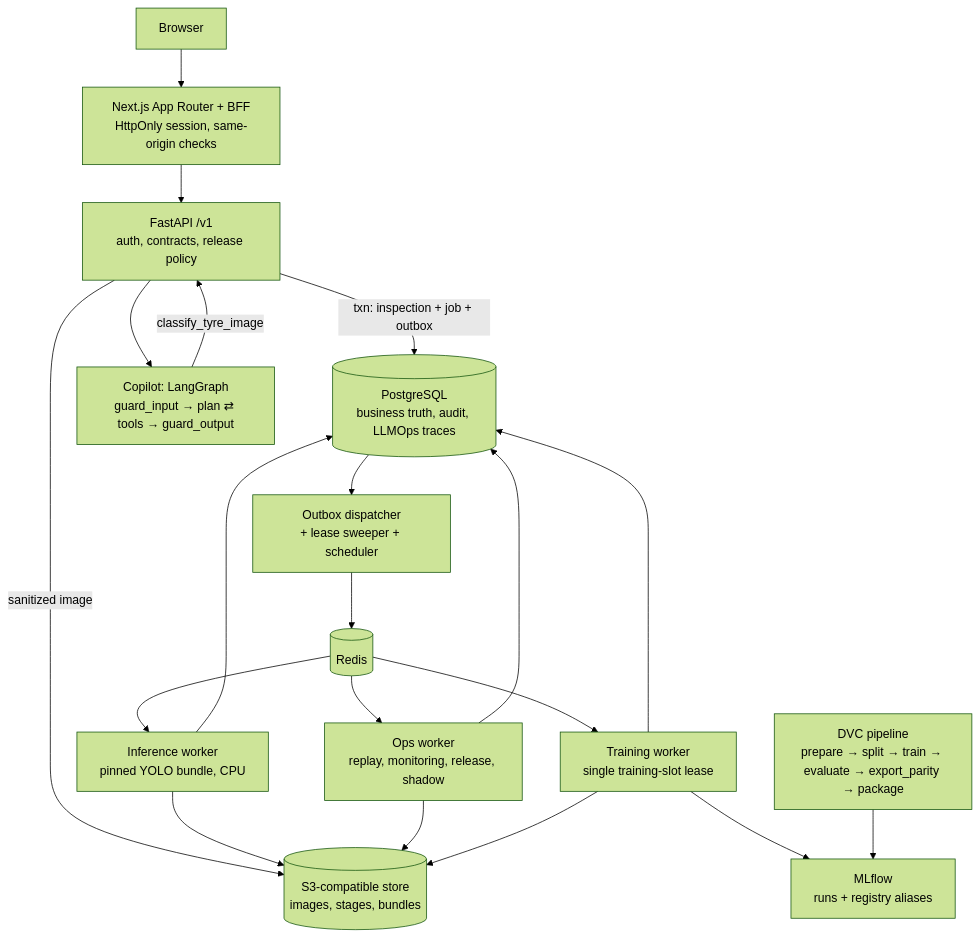
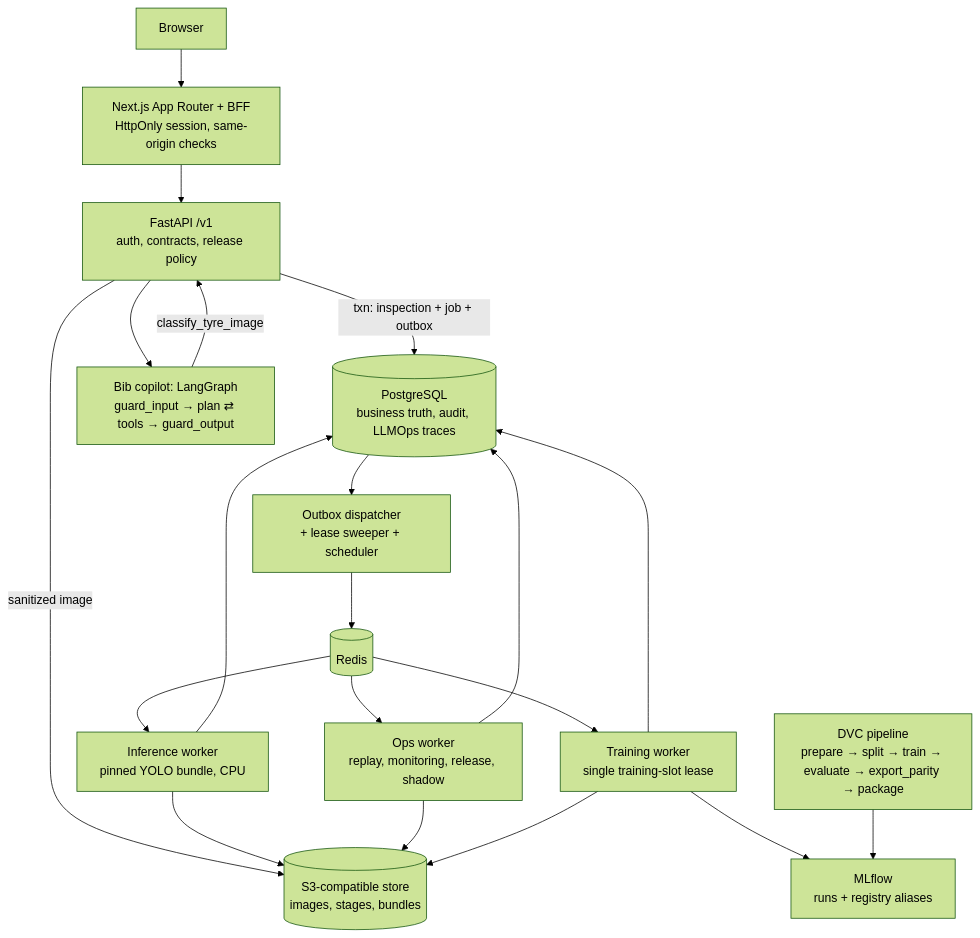
The diagram in README.md (arav7781/TREADOPS), drawn with Mermaid (forest theme) before and after one commit. The commit also changed other lines of this file, not shown here.

Commit message:
Document Bib, the merged inspection chat and the theme's provenance

````diff
--- a/README.md
+++ b/README.md
@@ -86,17 +86,17 @@
 ```mermaid
 flowchart TB
   B[Browser] --> W[Next.js App Router + BFF<br/>HttpOnly session, same-origin checks]
   W --> A[FastAPI /v1<br/>auth, contracts, release policy]
   A -->|txn: inspection + job + outbox| P[(PostgreSQL<br/>business truth, audit, LLMOps traces)]
   A -->|sanitized image| S[(S3-compatible store<br/>images, stages, bundles)]
   D[Outbox dispatcher<br/>+ lease sweeper + scheduler] --> R[(Redis)]
   P --> D
   R --> I[Inference worker<br/>pinned YOLO bundle, CPU]
   R --> O[Ops worker<br/>replay, monitoring, release, shadow]
   R --> T[Training worker<br/>single training-slot lease]
   I & O & T --> P & S
   T --> M[MLflow<br/>runs + registry aliases]
   V[DVC pipeline<br/>prepare → split → train → evaluate → export_parity → package] --> M
-  A --> C[Copilot: LangGraph<br/>guard_input → plan ⇄ tools → guard_output]
+  A --> C[Bib copilot: LangGraph<br/>guard_input → plan ⇄ tools → guard_output]
   C -->|classify_tyre_image| A
 ```
````
